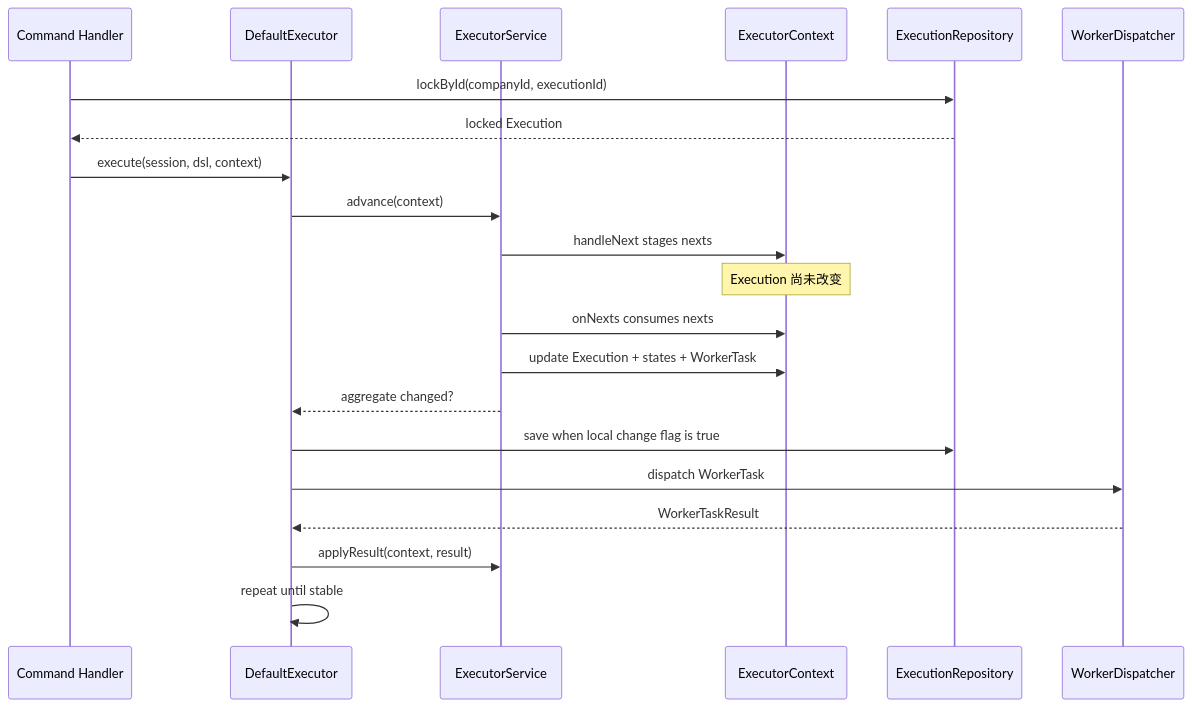
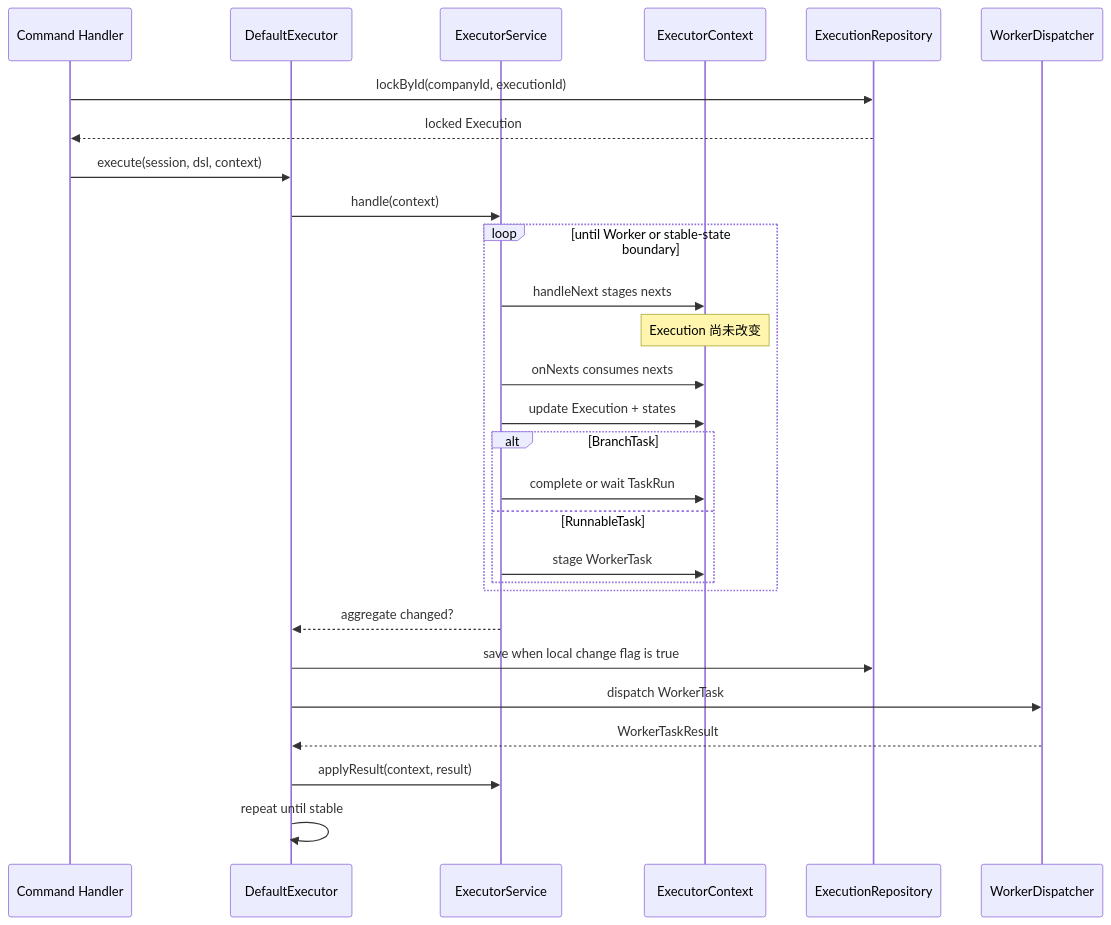
One commit to Eiddy5/flow changed the diagram in docs/decisions/0020-stage-executor-cycle-effects.md. Above: the diagram before and after it, drawn with Mermaid. The commit also changed other lines of this file and 220 other files, not shown here.

````diff
--- a/docs/decisions/0020-stage-executor-cycle-effects.md
+++ b/docs/decisions/0020-stage-executor-cycle-effects.md
@@ -157,24 +178,31 @@
 ```mermaid
 sequenceDiagram
     participant H as Command Handler
     participant D as DefaultExecutor
     participant S as ExecutorService
     participant C as ExecutorContext
     participant R as ExecutionRepository
     participant W as WorkerDispatcher
 
     H->>R: lockById(companyId, executionId)
     R-->>H: locked Execution
     H->>D: execute(session, dsl, context)
-    D->>S: advance(context)
-    S->>C: handleNext stages nexts
-    Note over C: Execution 尚未改变
-    S->>C: onNexts consumes nexts
-    S->>C: update Execution + states + WorkerTask
+    D->>S: handle(context)
+    loop until Worker or stable-state boundary
+        S->>C: handleNext stages nexts
+        Note over C: Execution 尚未改变
+        S->>C: onNexts consumes nexts
+        S->>C: update Execution + states
+        alt BranchTask
+            S->>C: complete or wait TaskRun
+        else RunnableTask
+            S->>C: stage WorkerTask
+        end
+    end
     S-->>D: aggregate changed?
     D->>R: save when local change flag is true
     D->>W: dispatch WorkerTask
     W-->>D: WorkerTaskResult
     D->>S: applyResult(context, result)
     D->>D: repeat until stable
 ```
````
